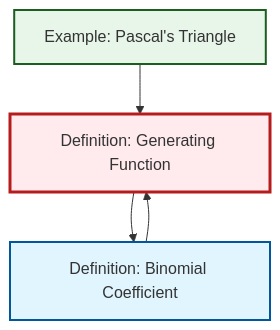
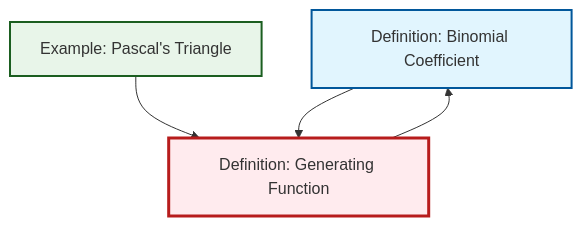
One commit to RK0429/ModernMath changed the diagram in content/ja/combinatorics/def-generating-function.qmd. Above: the diagram before and after it, drawn with Mermaid. The commit also changed other lines of this file and 581 other files, not shown here.

````diff
--- a/content/ja/combinatorics/def-generating-function.qmd
+++ b/content/ja/combinatorics/def-generating-function.qmd
@@ -99,18 +99,18 @@
 ```{mermaid}
 %%| fig-cap: "Local dependency graph"
 graph TD
     classDef definition fill:#e1f5fe,stroke:#01579b,stroke-width:2px
     classDef theorem fill:#f3e5f5,stroke:#4a148c,stroke-width:2px
     classDef axiom fill:#fff3e0,stroke:#e65100,stroke-width:2px
     classDef example fill:#e8f5e9,stroke:#1b5e20,stroke-width:2px
     classDef current fill:#ffebee,stroke:#b71c1c,stroke-width:3px
-    ex-pascals-triangle["Example: Pascal's Triangle"]:::example
     def-binomial-coefficient["Definition: Binomial Coefficient"]:::definition
     def-generating-function["Definition: Generating Function"]:::definition
+    ex-pascals-triangle["Example: Pascal's Triangle"]:::example
     ex-pascals-triangle --> def-generating-function
+    def-generating-function --> def-binomial-coefficient
     def-binomial-coefficient --> def-generating-function
-    def-generating-function --> def-binomial-coefficient
     class def-generating-function current
+    click def-binomial-coefficient "def-binomial-coefficient.html" "Definition: Binomial Coefficientへ"
     click ex-pascals-triangle "ex-pascals-triangle.html" "Example: Pascal's Triangleへ"
-    click def-binomial-coefficient "def-binomial-coefficient.html" "Definition: Binomial Coefficientへ"
 ```
````
